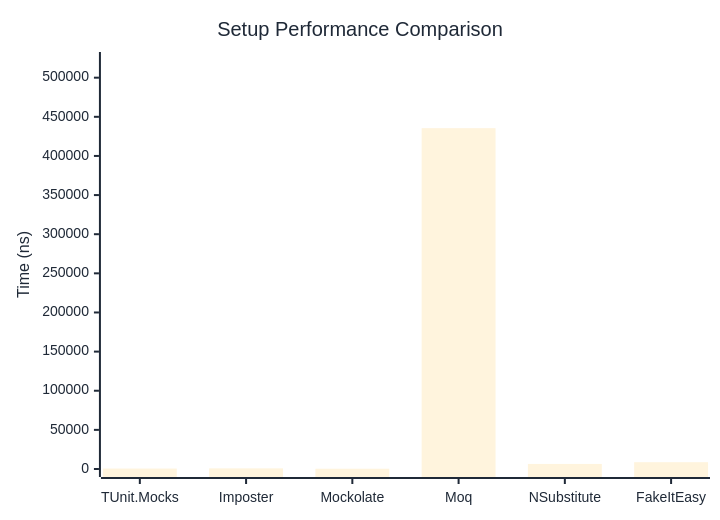
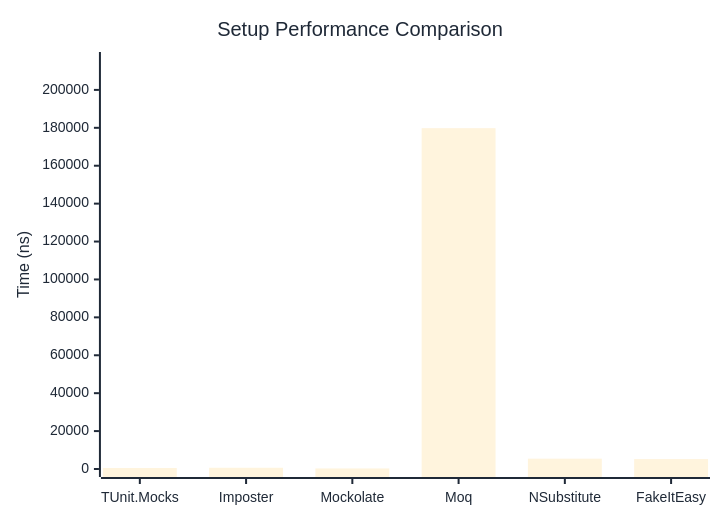
One commit to thomhurst/TUnit changed the first of 2 diagrams in docs/docs/benchmarks/mocks/Setup.md. Above: the diagram before and after it, drawn with Mermaid. The commit also changed other lines of this file and 14 other files, not shown here.

````diff
--- a/docs/docs/benchmarks/mocks/Setup.md
+++ b/docs/docs/benchmarks/mocks/Setup.md
@@ -30,27 +30,27 @@
 ```mermaid
 %%{init: {
   'theme':'base',
   'themeVariables': {
     'primaryColor': '#2563eb',
     'primaryTextColor': '#1f2937',
     'primaryBorderColor': '#1e40af',
     'lineColor': '#6b7280',
     'secondaryColor': '#7c3aed',
     'tertiaryColor': '#dc2626',
     'background': '#ffffff',
     'pie1': '#2563eb',
     'pie2': '#7c3aed',
     'pie3': '#dc2626',
     'pie4': '#f59e0b',
     'pie5': '#10b981',
     'pie6': '#06b6d4',
     'pie7': '#ec4899',
     'pie8': '#6366f1'
   }
 }}%%
 xychart-beta
   title "Setup Performance Comparison"
   x-axis ["TUnit.Mocks", "Imposter", "Mockolate", "Moq", "NSubstitute", "FakeItEasy"]
-  y-axis "Time (ns)" 0 --> 522588
-  bar [554.8, 806.6, 322.1, 435489.9, 6469, 8700.2]
+  y-axis "Time (ns)" 0 --> 215775
+  bar [517.4, 650.8, 299.3, 179812.4, 5451.6, 5240.3]
 ```
````
